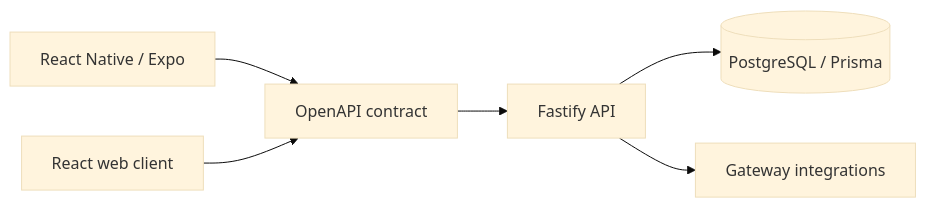
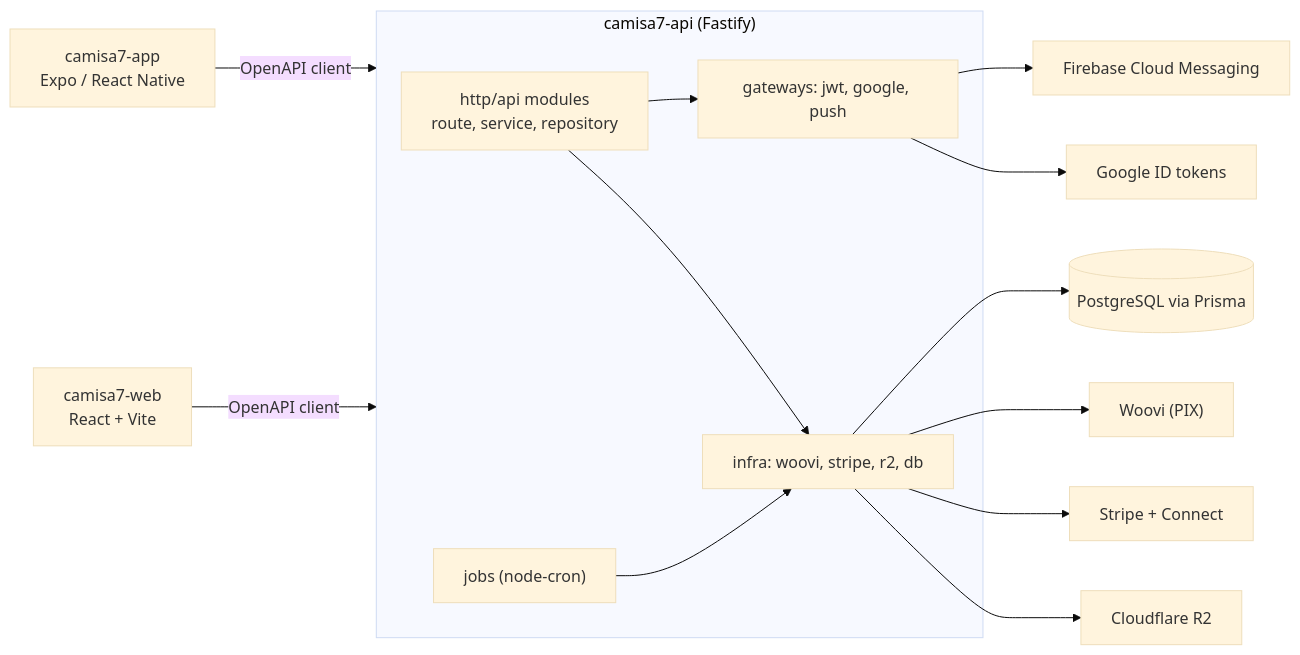
Before and after one commit to mkwitko/camisa7-api: the first of 3 diagrams in README.md, drawn with Mermaid (base theme). The commit also changed other lines of this file, not shown here.

````diff
--- a/README.md
+++ b/README.md
@@ -18,8 +20,20 @@
 ```mermaid
 flowchart LR
- Mobile["React Native / Expo"] --> Contract["OpenAPI contract"]
- Web["React web client"] --> Contract
- Contract --> API["Fastify API"]
- API --> DB[("PostgreSQL / Prisma")]
- API --> Providers["Gateway integrations"]
+  App["camisa7-app<br/>Expo / React Native"] -->|OpenAPI client| API
+  Web["camisa7-web<br/>React + Vite"] -->|OpenAPI client| API
+  subgraph API["camisa7-api (Fastify)"]
+    HTTP["http/api modules<br/>route, service, repository"]
+    Gw["gateways: jwt, google, push"]
+    Jobs["jobs (node-cron)"]
+    Infra["infra: woovi, stripe, r2, db"]
+    HTTP --> Gw
+    HTTP --> Infra
+    Jobs --> Infra
+  end
+  Infra --> PG[("PostgreSQL via Prisma")]
+  Infra --> Woovi["Woovi (PIX)"]
+  Infra --> Stripe["Stripe + Connect"]
+  Infra --> R2["Cloudflare R2"]
+  Gw --> FCM["Firebase Cloud Messaging"]
+  Gw --> GoogleID["Google ID tokens"]
 ```
````
